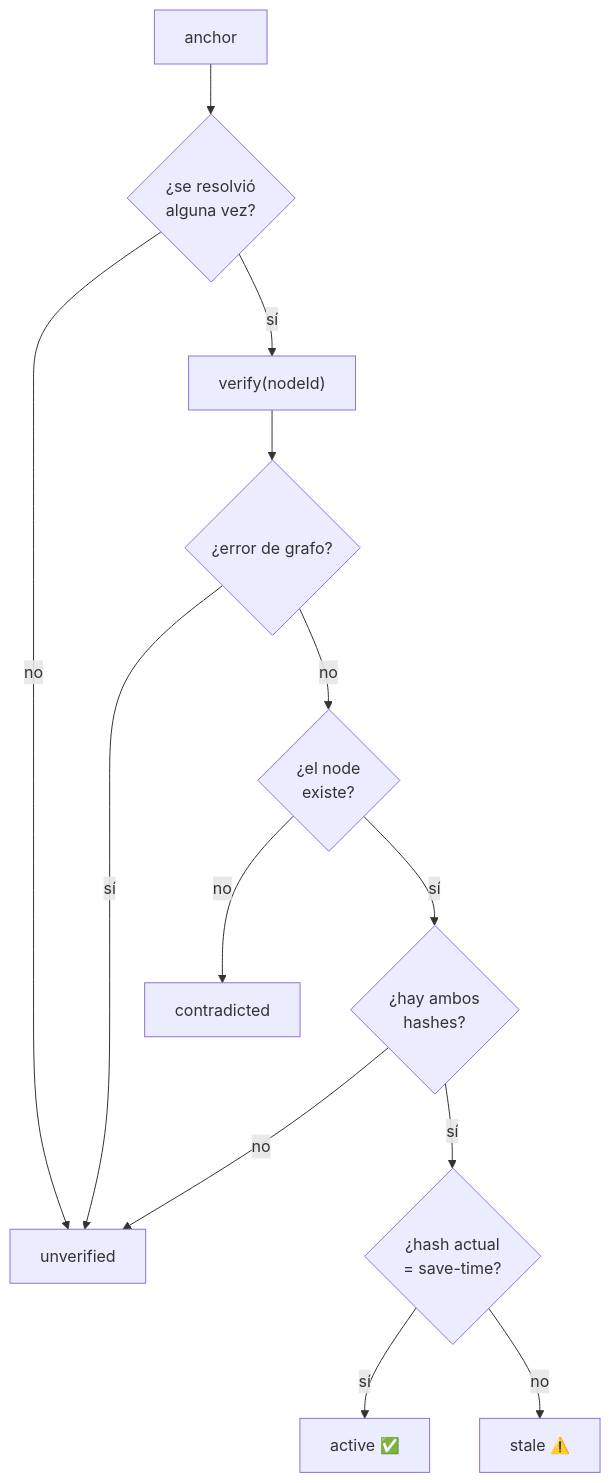
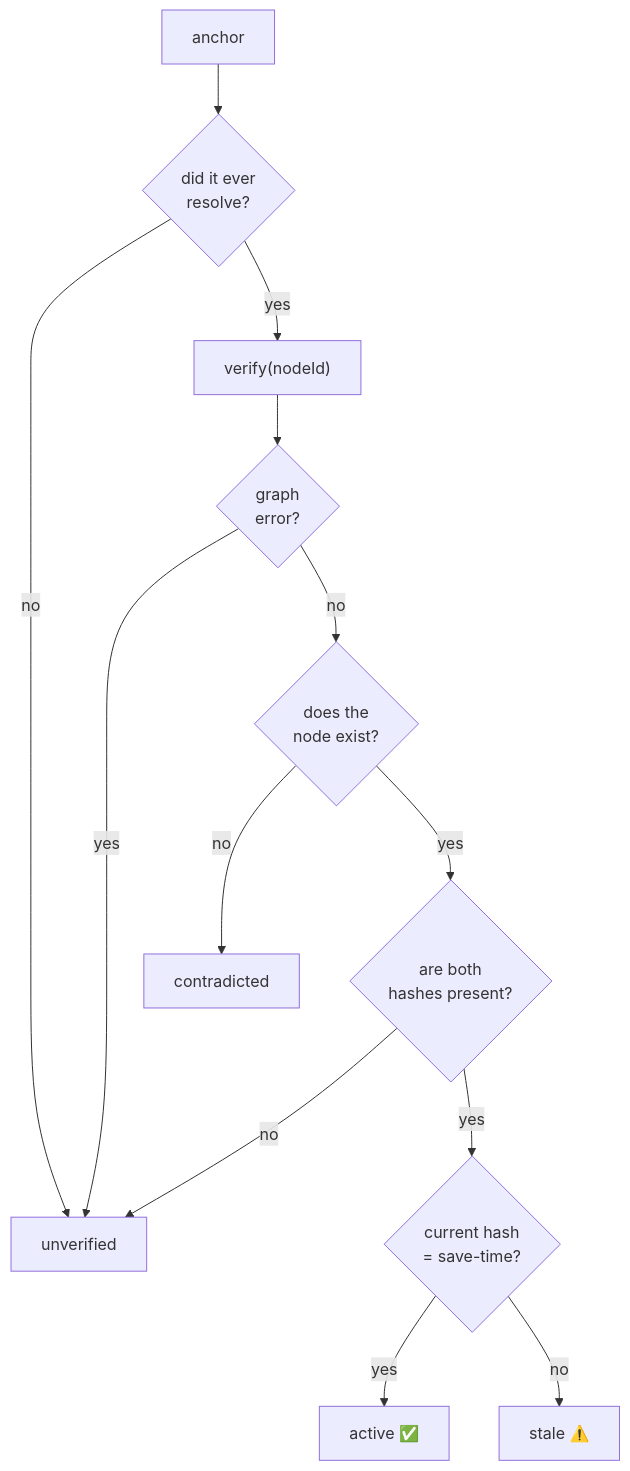
One commit to Kolimar/leina changed the second of 4 diagrams in docs/concepts/05-comunicacion-grafo-memoria.md. Above: the diagram before and after it, drawn with Mermaid. The commit also changed other lines of this file and 27 other files, not shown here.

````diff
--- a/docs/concepts/05-comunicacion-grafo-memoria.md
+++ b/docs/concepts/05-comunicacion-grafo-memoria.md
@@ -64,15 +64,15 @@
 ```mermaid
 flowchart TD
-    a["anchor"] --> resolved{¿se resolvió<br/>alguna vez?}
+    a["anchor"] --> resolved{did it ever<br/>resolve?}
     resolved -->|no| unv["unverified"]
-    resolved -->|sí| verify["verify(nodeId)"]
-    verify --> err{¿error de grafo?}
-    err -->|sí| unv
-    err -->|no| exists{¿el node<br/>existe?}
+    resolved -->|yes| verify["verify(nodeId)"]
+    verify --> err{graph<br/>error?}
+    err -->|yes| unv
+    err -->|no| exists{does the<br/>node exist?}
     exists -->|no| contra["contradicted"]
-    exists -->|sí| hash{¿hay ambos<br/>hashes?}
+    exists -->|yes| hash{are both<br/>hashes present?}
     hash -->|no| unv
-    hash -->|sí| cmp{¿hash actual<br/>= save-time?}
-    cmp -->|sí| active["active ✅"]
+    hash -->|yes| cmp{current hash<br/>= save-time?}
+    cmp -->|yes| active["active ✅"]
     cmp -->|no| stale["stale ⚠️"]
 ```
````
